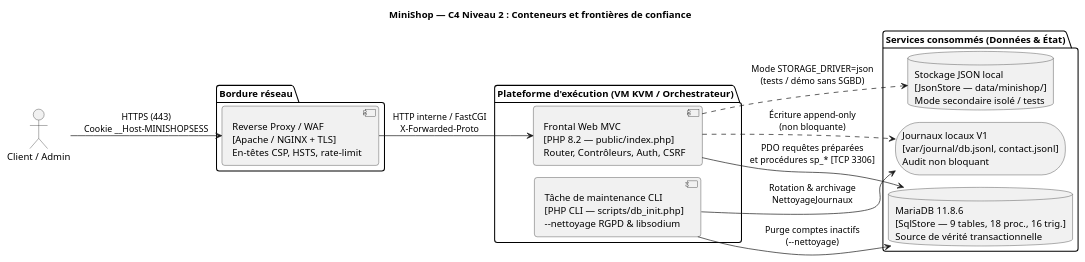
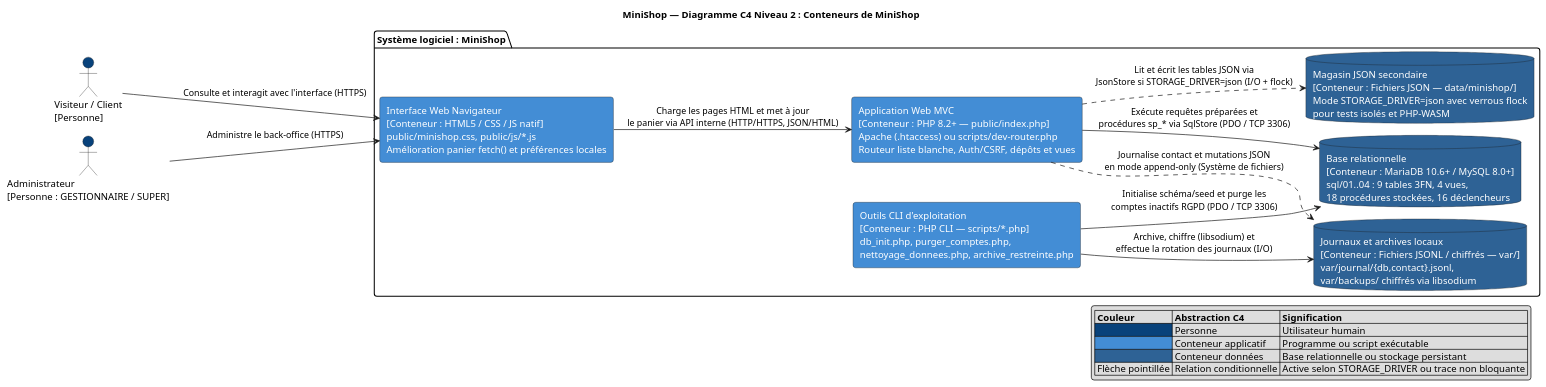
One commit to jojo8356/SAE-302 changed the diagram in docs/diagrams/src/c4_conteneurs.puml. Above: the diagram before and after it, drawn with PlantUML. The commit also changed 17 other files, not shown here.

Commit message:
docs(c4): aligner les 4 niveaux C4 (contexte, conteneurs, composants, code) sur le code réel

```diff
--- a/docs/diagrams/src/c4_conteneurs.puml
+++ b/docs/diagrams/src/c4_conteneurs.puml
@@ -1,39 +1,48 @@
 @startuml
 ' =====================================================================
-' MiniShop — Diagramme C4 Niveau 2 : Conteneurs (C4 Containers)
-' Lisible en texte brut dans Git ; compilable en PNG via Java + plantuml.jar
-' (bash docs/diagrams/render.sh)
+' MiniShop — C4 Niveau 2 : Conteneurs (C4 Containers)
+' Conforme c4model.com : applications exécutables et magasins de données
+' réellement présents dans le dépôt MiniShop (ARCHITECTURE.md).
 ' =====================================================================
 !pragma layout smetana
 left to right direction
 skinparam shadowing false
 skinparam roundcorner 8
 
-title MiniShop — C4 Niveau 2 : Conteneurs et frontières de confiance
+title MiniShop — Diagramme C4 Niveau 2 : Conteneurs de MiniShop
 
-actor "Client / Admin" as User
+actor "Visiteur / Client\n[Personne]" as Client #08427B
+actor "Administrateur\n[Personne : GESTIONNAIRE / SUPER]" as Admin #08427B
 
-package "Bordure réseau" {
-  component "Reverse Proxy / WAF\n[Apache / NGINX + TLS]\nEn-têtes CSP, HSTS, rate-limit" as Proxy
+package "Système logiciel : MiniShop" {
+  rectangle "Interface Web Navigateur\n[Conteneur : HTML5 / CSS / JS natif]\npublic/minishop.css, public/js/*.js\nAmélioration panier fetch() et préférences locales" as Browser #438DD5;text:white
+
+  rectangle "Application Web MVC\n[Conteneur : PHP 8.2+ — public/index.php]\nApache (.htaccess) ou scripts/dev-router.php\nRouteur liste blanche, Auth/CSRF, dépôts et vues" as WebApp #438DD5;text:white
+
+  rectangle "Outils CLI d'exploitation\n[Conteneur : PHP CLI — scripts/*.php]\ndb_init.php, purger_comptes.php,\nnettoyage_donnees.php, archive_restreinte.php" as Cli #438DD5;text:white
+
+  database "Base relationnelle\n[Conteneur : MariaDB 10.6+ / MySQL 8.0+]\nsql/01..04 : 9 tables 3FN, 4 vues,\n18 procédures stockées, 16 déclencheurs" as MariaDB #2E6295;text:white
+
+  database "Magasin JSON secondaire\n[Conteneur : Fichiers JSON — data/minishop/]\nMode STORAGE_DRIVER=json avec verrous flock\npour tests isolés et PHP-WASM" as JsonFiles #2E6295;text:white
+
+  database "Journaux et archives locaux\n[Conteneur : Fichiers JSONL / chiffrés — var/]\nvar/journal/{db,contact}.jsonl,\nvar/backups/ chiffrés via libsodium" as VarStorage #2E6295;text:white
 }
 
-package "Plateforme d'exécution (VM KVM / Orchestrateur)" {
-  component "Frontal Web MVC\n[PHP 8.2 — public/index.php]\nRouter, Contrôleurs, Auth, CSRF" as Web
-  component "Tâche de maintenance CLI\n[PHP CLI — scripts/db_init.php]\n--nettoyage RGPD & libsodium" as Cli
-}
+Client --> Browser : "Consulte et interagit avec l'interface (HTTPS)"
+Admin --> Browser : "Administre le back-office (HTTPS)"
+Browser --> WebApp : "Charge les pages HTML et met à jour\nle panier via API interne (HTTP/HTTPS, JSON/HTML)"
+WebApp --> MariaDB : "Exécute requêtes préparées et\nprocédures sp_* via SqlStore (PDO / TCP 3306)"
+WebApp ..> JsonFiles : "Lit et écrit les tables JSON via\nJsonStore si STORAGE_DRIVER=json (I/O + flock)"
+WebApp ..> VarStorage : "Journalise contact et mutations JSON\nen mode append-only (Système de fichiers)"
+Cli --> MariaDB : "Initialise schéma/seed et purge les\ncomptes inactifs RGPD (PDO / TCP 3306)"
+Cli --> VarStorage : "Archive, chiffre (libsodium) et\neffectue la rotation des journaux (I/O)"
 
-package "Services consommés (Données & État)" {
-  database "MariaDB 11.8.6\n[SqlStore — 9 tables, 18 proc., 16 trig.]\nSource de vérité transactionnelle" as DB
-  database "Stockage JSON local\n[JsonStore — data/minishop/]\nMode secondaire isolé / tests" as Json
-  storage "Journaux locaux V1\n[var/journal/db.jsonl, contact.jsonl]\nAudit non bloquant" as Logs
-}
-
-User --> Proxy : "HTTPS (443)\nCookie __Host-MINISHOPSESS"
-Proxy --> Web : "HTTP interne / FastCGI\nX-Forwarded-Proto"
-Web --> DB : "PDO requêtes préparées\net procédures sp_* [TCP 3306]"
-Web ..> Json : "Mode STORAGE_DRIVER=json\n(tests / démo sans SGBD)"
-Web ..> Logs : "Écriture append-only\n(non bloquante)"
-Cli --> DB : "Purge comptes inactifs\n(--nettoyage)"
-Cli --> Logs : "Rotation & archivage\nNettoyageJournaux"
+legend right
+  |= Couleur |= Abstraction C4 |= Signification |
+  | <#08427B> | Personne | Utilisateur humain |
+  | <#438DD5> | Conteneur applicatif | Programme ou script exécutable |
+  | <#2E6295> | Conteneur données | Base relationnelle ou stockage persistant |
+  | Flèche pointillée | Relation conditionnelle | Active selon STORAGE_DRIVER ou trace non bloquante |
+endlegend
 
 @enduml
```
